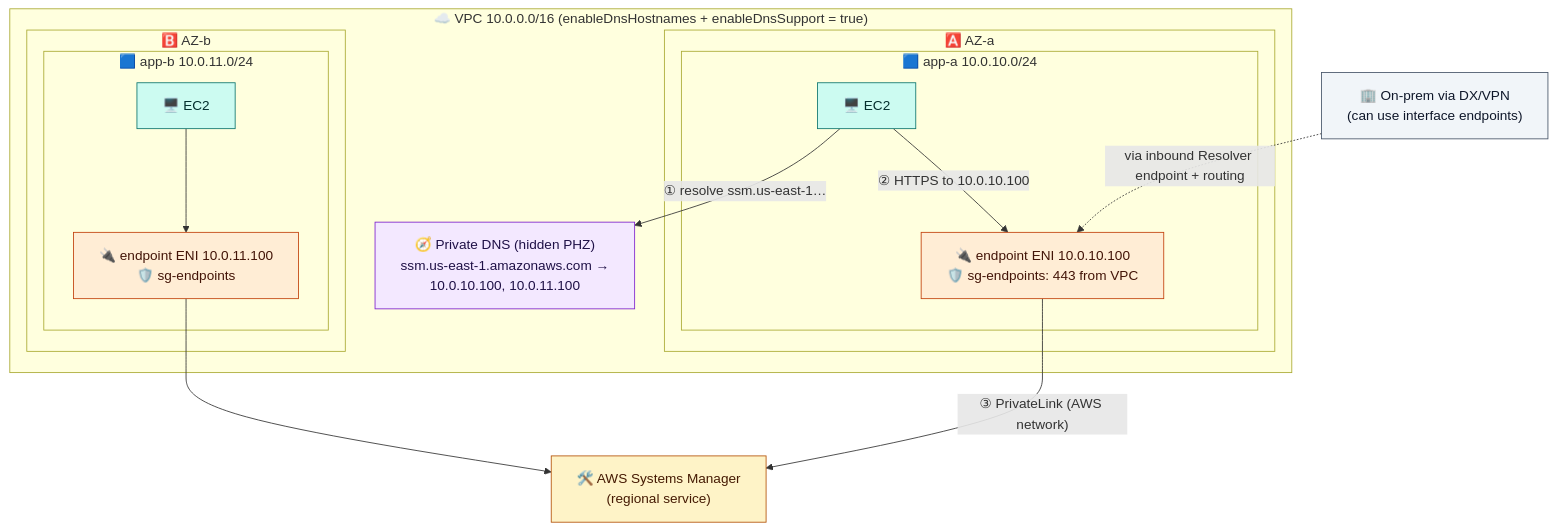
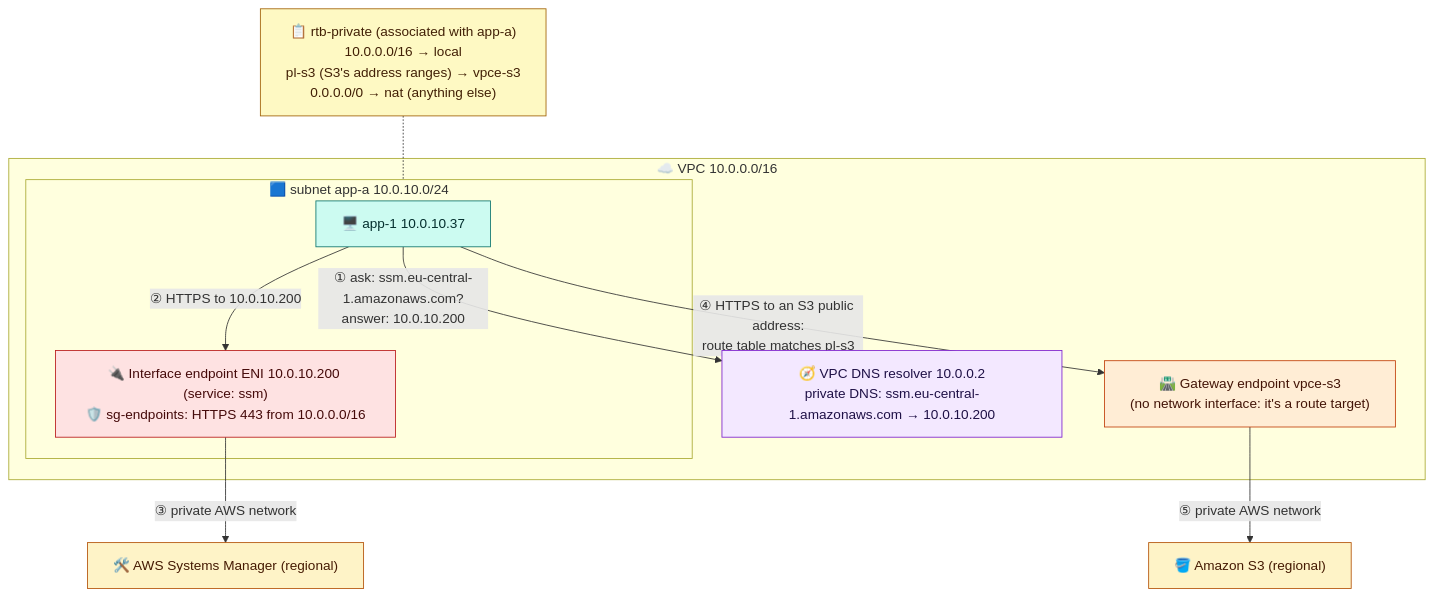
One commit to mohammadne/aws-lab changed the diagram in networking/06-private-access-and-dns.md. Above: the diagram before and after it, drawn with Mermaid. The commit also changed other lines of this file and 43 other files, not shown here.

````diff
--- a/networking/06-private-access-and-dns.md
+++ b/networking/06-private-access-and-dns.md
@@ -45,35 +28,29 @@
 ```mermaid
-%%{init: {"flowchart": {"wrappingWidth": 400}}}%%
+%%{init: {"flowchart": {"wrappingWidth": 340}}}%%
 flowchart TB
-    classDef zonal fill:#dcfce7,stroke:#15803d,color:#052e16
+    classDef compute fill:#ccfbf1,stroke:#0f766e,color:#042f2e
     classDef gw fill:#ffedd5,stroke:#c2410c,color:#431407
+    classDef rt fill:#fef9c3,stroke:#a16207,color:#422006
     classDef svc fill:#fef3c7,stroke:#b45309,color:#451a03
-    classDef compute fill:#ccfbf1,stroke:#0f766e,color:#042f2e
     classDef global fill:#f3e8ff,stroke:#7e22ce,color:#1f1147
-    classDef ext fill:#f1f5f9,stroke:#475569,color:#0f172a
+    classDef sec fill:#fee2e2,stroke:#b91c1c,color:#450a0a
 
-    ONP["🏢 On-prem via DX/VPN<br/>(can use interface endpoints)"]:::ext
-    subgraph VPC["☁️ VPC 10.0.0.0/16 (enableDnsHostnames + enableDnsSupport = true)"]
-        DNS["🧭 Private DNS (hidden PHZ)<br/>ssm.us-east-1.amazonaws.com →<br/>10.0.10.100, 10.0.11.100"]:::global
-        subgraph AZA["🅰️ AZ-a"]
-            subgraph SA["🟦 app-a 10.0.10.0/24"]
-                EA["🖥️ EC2"]:::compute
-                ENIA["🔌 endpoint ENI 10.0.10.100<br/>🛡️ sg-endpoints: 443 from VPC"]:::gw
-            end
+    RT["📋 rtb-private (associated with app-a)<br/>10.0.0.0/16 → local<br/>pl-s3 (S3's address ranges) → vpce-s3<br/>0.0.0.0/0 → nat (anything else)"]:::rt
+    subgraph VPC["☁️ VPC 10.0.0.0/16"]
+        DNS["🧭 VPC DNS resolver 10.0.0.2<br/>private DNS: ssm.eu-central-1.amazonaws.com → 10.0.10.200"]:::global
+        subgraph APPSUB["🟦 subnet app-a 10.0.10.0/24"]
+            APP["🖥️ app-1  10.0.10.37"]:::compute
+            IEP["🔌 Interface endpoint ENI 10.0.10.200 (service: ssm)<br/>🛡️ sg-endpoints: HTTPS 443 from 10.0.0.0/16"]:::sec
         end
-        subgraph AZB["🅱️ AZ-b"]
-            subgraph SB["🟦 app-b 10.0.11.0/24"]
-                EB["🖥️ EC2"]:::compute
-                ENIB["🔌 endpoint ENI 10.0.11.100<br/>🛡️ sg-endpoints"]:::gw
-            end
-        end
+        GWE["🛣️ Gateway endpoint vpce-s3<br/>(no network interface: it's a route target)"]:::gw
     end
-    SVC["🛠️ AWS Systems Manager<br/>(regional service)"]:::svc
+    SSM["🛠️ AWS Systems Manager (regional)"]:::svc
+    S3["🪣 Amazon S3 (regional)"]:::svc
 
-    EA -->|"① resolve ssm.us-east-1…"| DNS
-    EA -->|"② HTTPS to 10.0.10.100"| ENIA
-    EB --> ENIB
-    ENIA -->|"③ PrivateLink (AWS network)"| SVC
-    ENIB --> SVC
-    ONP -.->|"via inbound Resolver endpoint + routing"| ENIA
+    APP -->|"① ask: ssm.eu-central-1.amazonaws.com?<br/>answer: 10.0.10.200"| DNS
+    APP -->|"② HTTPS to 10.0.10.200"| IEP
+    IEP -->|"③ private AWS network"| SSM
+    APP -->|"④ HTTPS to an S3 public address:<br/>route table matches pl-s3"| GWE
+    GWE -->|"⑤ private AWS network"| S3
+    RT -.- APPSUB
 ```
````
